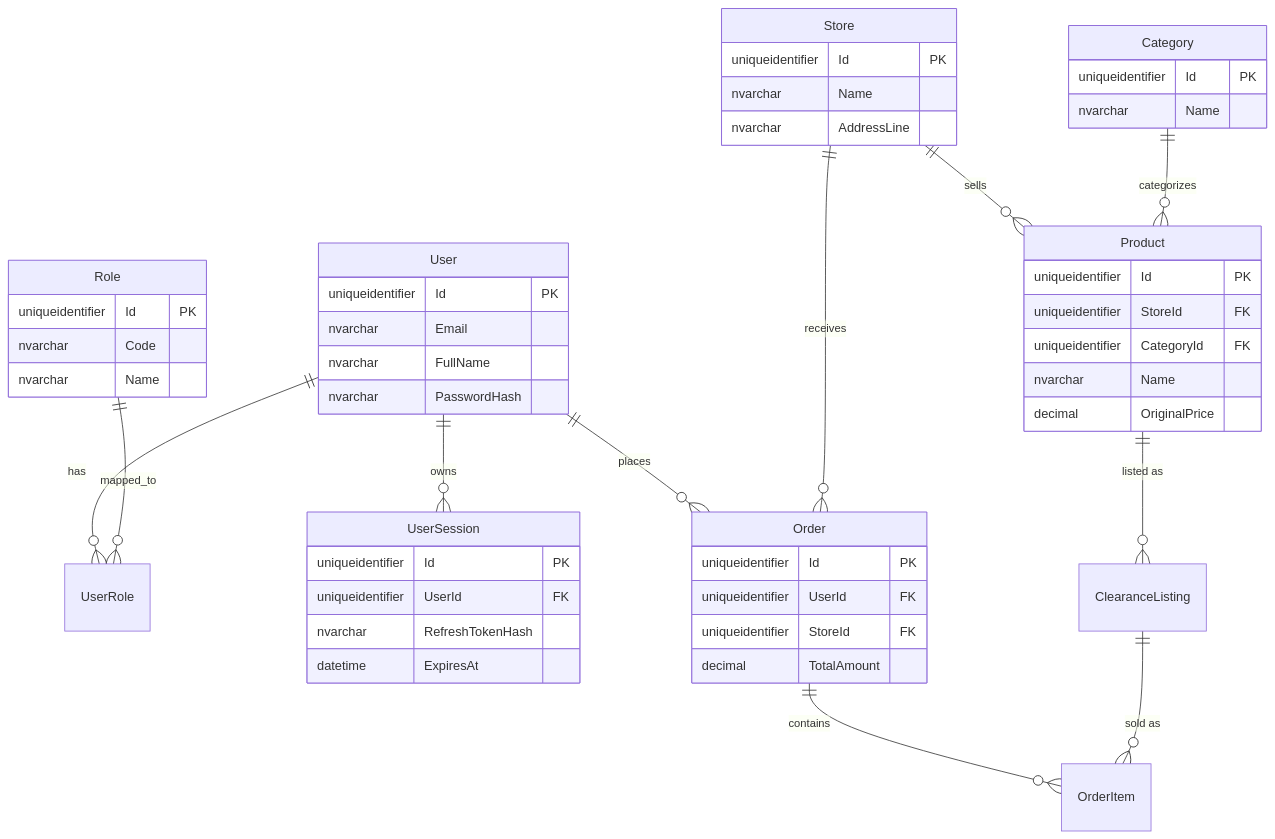
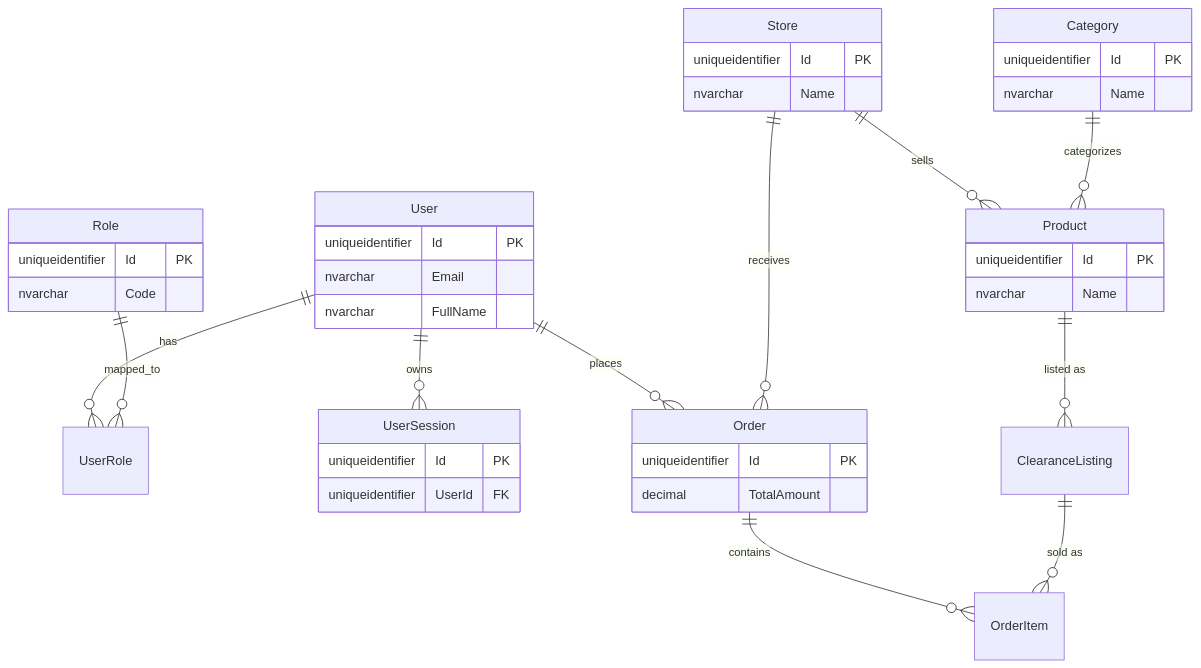
The diagram in SaveFoodBackend/README.md (nonamae31/SaveFood), drawn with Mermaid before and after one commit. The commit also changed other lines of this file, not shown here.

Commit message:
docs(backend): update README with comprehensive system architecture and setup instructions

````diff
--- a/SaveFoodBackend/README.md
+++ b/SaveFoodBackend/README.md
@@ -28,53 +110,43 @@
 ```mermaid
 erDiagram
     User ||--o{ UserRole : has
     Role ||--o{ UserRole : mapped_to
     User ||--o{ UserSession : owns
     User ||--o{ Order : places
     Store ||--o{ Product : sells
     Category ||--o{ Product : categorizes
     Store ||--o{ Order : receives
     Order ||--o{ OrderItem : contains
     Product ||--o{ ClearanceListing : "listed as"
     ClearanceListing ||--o{ OrderItem : "sold as"
 
     User {
         uniqueidentifier Id PK
         nvarchar Email
         nvarchar FullName
-        nvarchar PasswordHash
     }
     Role {
         uniqueidentifier Id PK
         nvarchar Code
-        nvarchar Name
     }
     UserSession {
         uniqueidentifier Id PK
         uniqueidentifier UserId FK
-        nvarchar RefreshTokenHash
-        datetime ExpiresAt
     }
     Store {
         uniqueidentifier Id PK
         nvarchar Name
-        nvarchar AddressLine
     }
     Product {
         uniqueidentifier Id PK
-        uniqueidentifier StoreId FK
-        uniqueidentifier CategoryId FK
         nvarchar Name
-        decimal OriginalPrice
     }
     Category {
         uniqueidentifier Id PK
         nvarchar Name
     }
     Order {
         uniqueidentifier Id PK
-        uniqueidentifier UserId FK
-        uniqueidentifier StoreId FK
         decimal TotalAmount
     }
 ```
````
